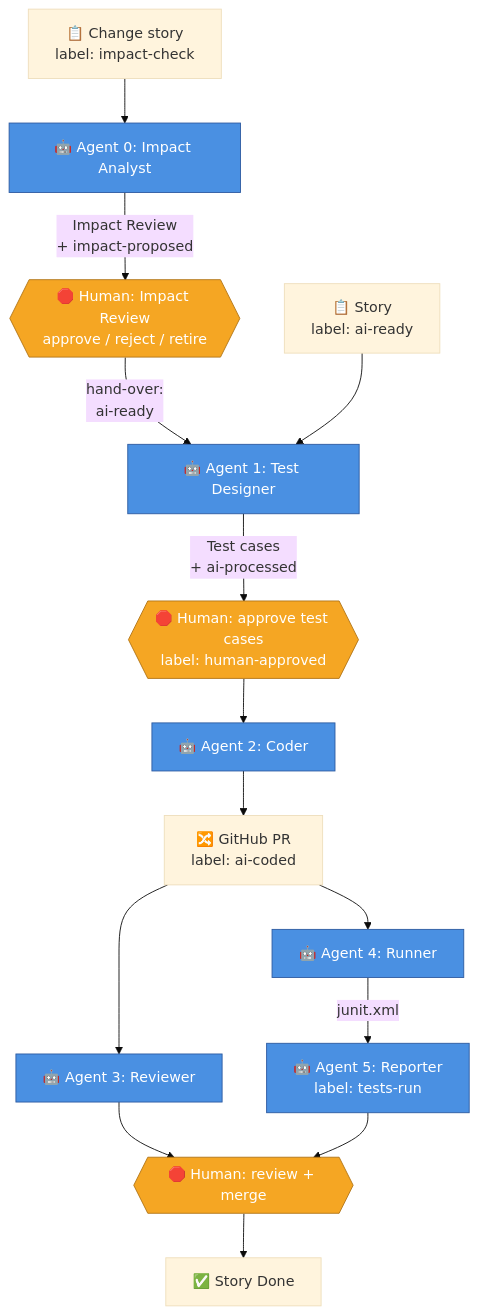
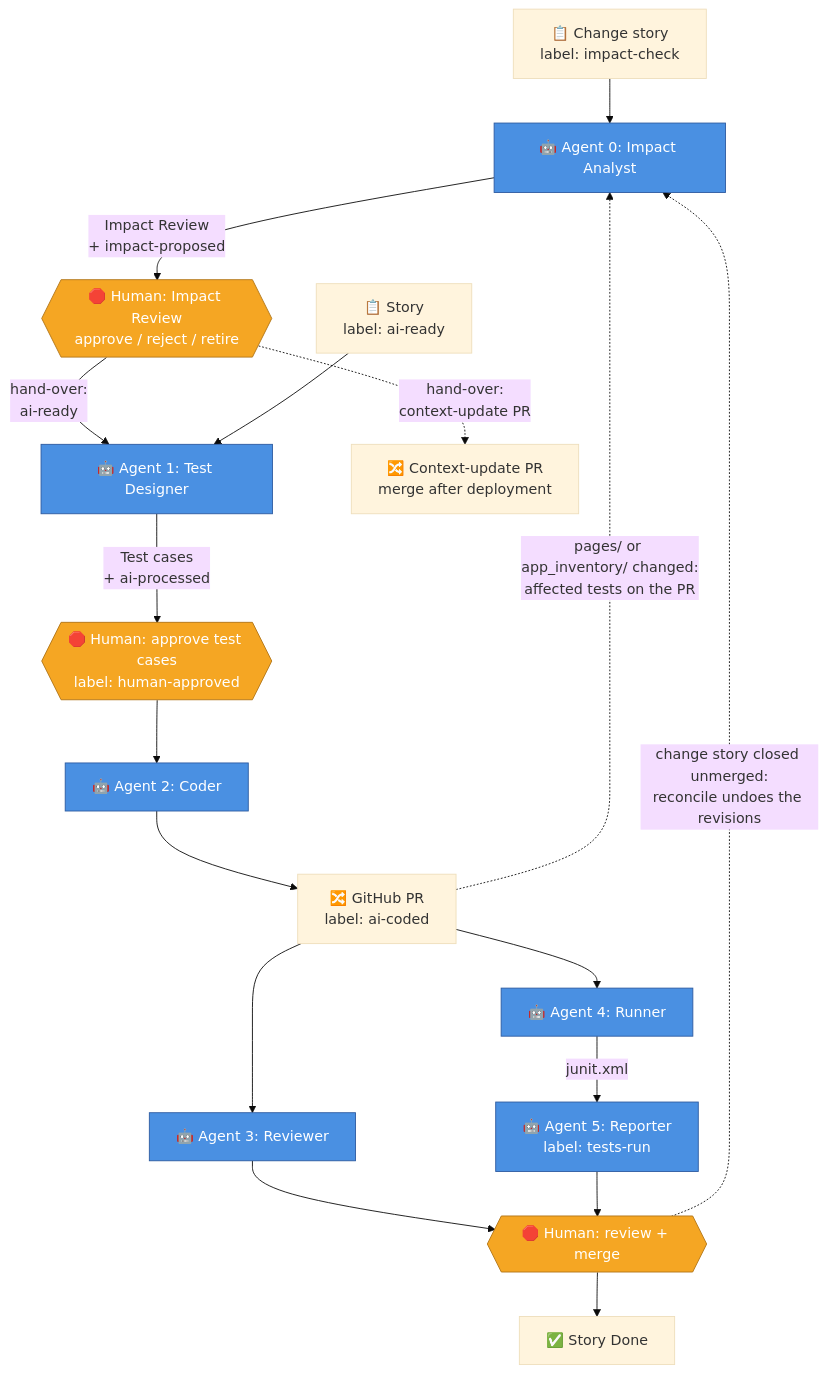
One commit to rajiniottesting-coder/multi-agent-test-automation changed the diagram in README.md. Above: the diagram before and after it, drawn with Mermaid (base theme). The commit also changed other lines of this file and 2 other files, not shown here.

````diff
--- a/README.md
+++ b/README.md
@@ -70,35 +74,39 @@
 ```mermaid
 flowchart TB
     Change["📋 Change story<br/>label: impact-check"]
     A0["🤖 Agent 0: Impact Analyst"]
     H0{{"🛑 Human: Impact Review<br/>approve / reject / retire"}}
     Story["📋 Story<br/>label: ai-ready"]
     A1["🤖 Agent 1: Test Designer"]
     H1{{"🛑 Human: approve test cases<br/>label: human-approved"}}
     A2["🤖 Agent 2: Coder"]
     PR["🔀 GitHub PR<br/>label: ai-coded"]
     A3["🤖 Agent 3: Reviewer"]
     A4["🤖 Agent 4: Runner"]
     A5["🤖 Agent 5: Reporter<br/>label: tests-run"]
     H2{{"🛑 Human: review + merge"}}
     Done["✅ Story Done"]
 
     Change --> A0
     A0 -->|"Impact Review<br/>+ impact-proposed"| H0
     H0 -->|"hand-over:<br/>ai-ready"| A1
     Story --> A1
     A1 -->|"Test cases<br/>+ ai-processed"| H1
     H1 --> A2
     A2 --> PR
     PR --> A3
     PR --> A4
     A4 -->|"junit.xml"| A5
     A3 --> H2
     A5 --> H2
     H2 --> Done
 
+    H0 -.->|"hand-over:<br/>context-update PR"| CTX["🔀 Context-update PR<br/>merge after deployment"]
+    PR -.->|"pages/ or app_inventory/ changed:<br/>affected tests on the PR"| A0
+    H2 -.->|"change story closed unmerged:<br/>reconcile undoes the revisions"| A0
+
     classDef agent fill:#4a90e2,stroke:#2c5aa0,color:#fff
     classDef human fill:#f5a623,stroke:#b07415,color:#fff
     class A0,A1,A2,A3,A4,A5 agent
     class H0,H1,H2 human
 ```
````
